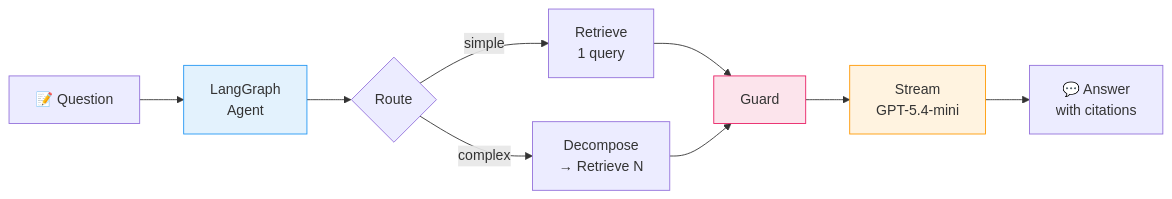
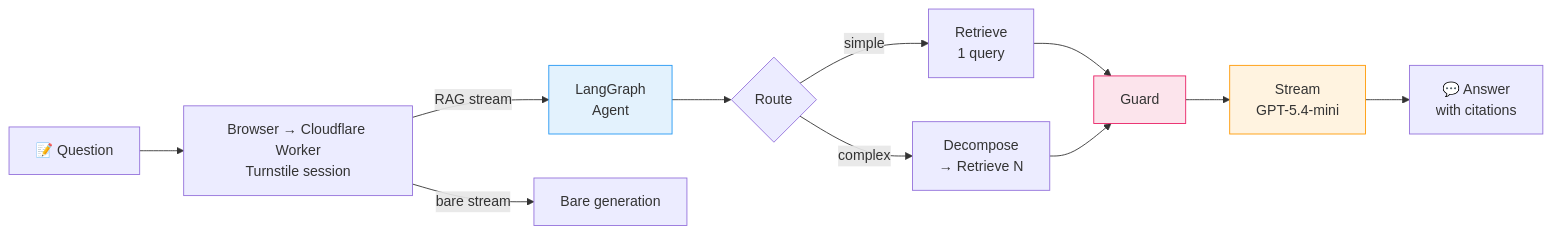
One commit to anant-j/AeroQuery changed the third of 4 diagrams in README.md. Above: the diagram before and after it, drawn with Mermaid. The commit also changed other lines of this file, not shown here.

````diff
--- a/README.md
+++ b/README.md
@@ -49,14 +49,16 @@
 ```mermaid
 flowchart LR
-    A["📝 Question"] --> B["LangGraph\nAgent"]
+    A["📝 Question"] --> V["Browser → Cloudflare Worker\nTurnstile session"]
+    V -->|RAG stream| B["LangGraph\nAgent"]
+    V -->|bare stream| I["Bare generation"]
     B --> C{Route}
     C -->|simple| D["Retrieve\n1 query"]
     C -->|complex| E["Decompose\n→ Retrieve N"]
     D & E --> F["Guard"]
     F --> G["Stream\nGPT-5.4-mini"]
     G --> H["💬 Answer\nwith citations"]
 
     style B fill:#e3f2fd,stroke:#2196f3
     style G fill:#fff3e0,stroke:#ff9800
     style F fill:#fce4ec,stroke:#e91e63
 ```
````
